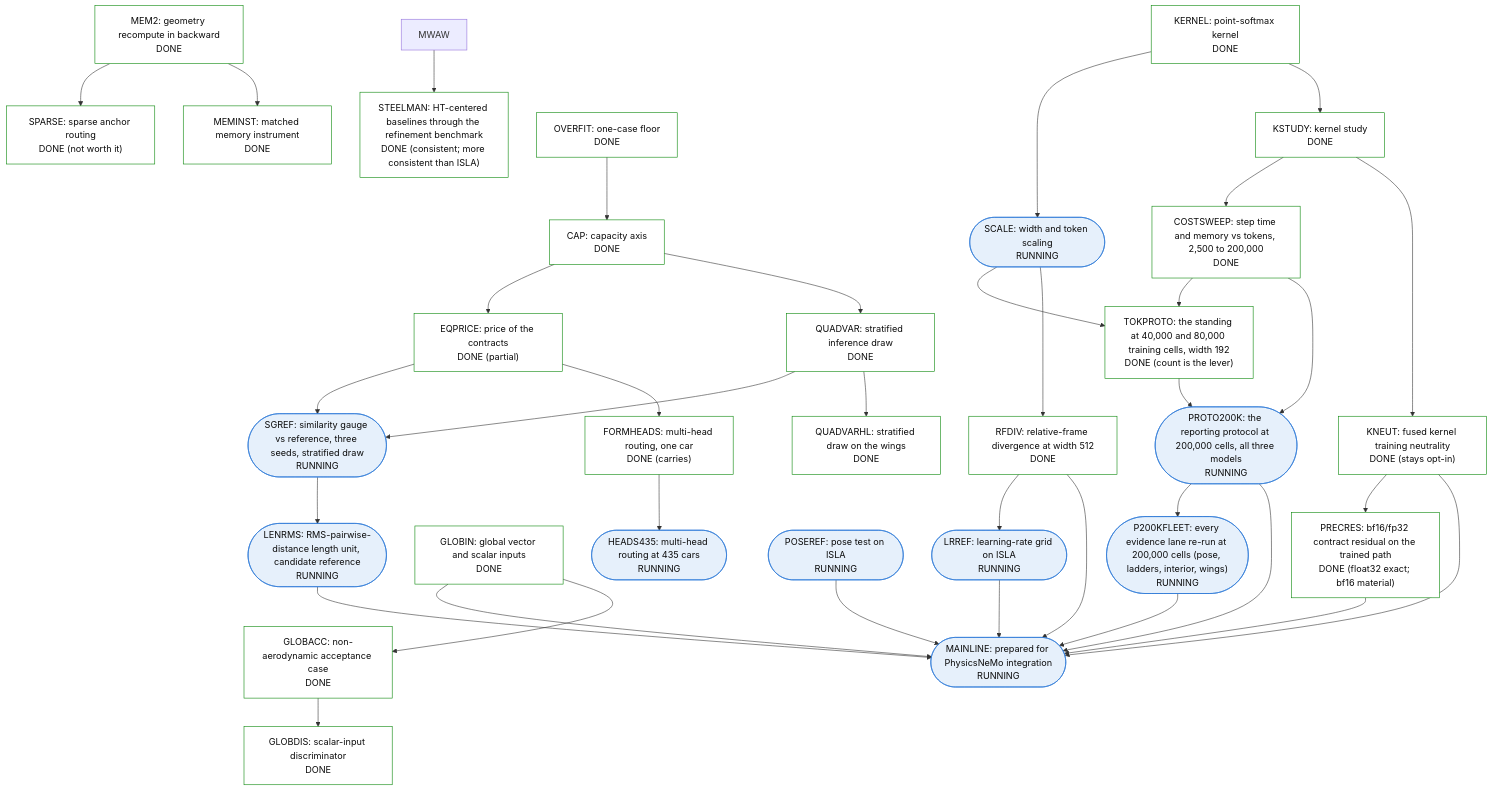
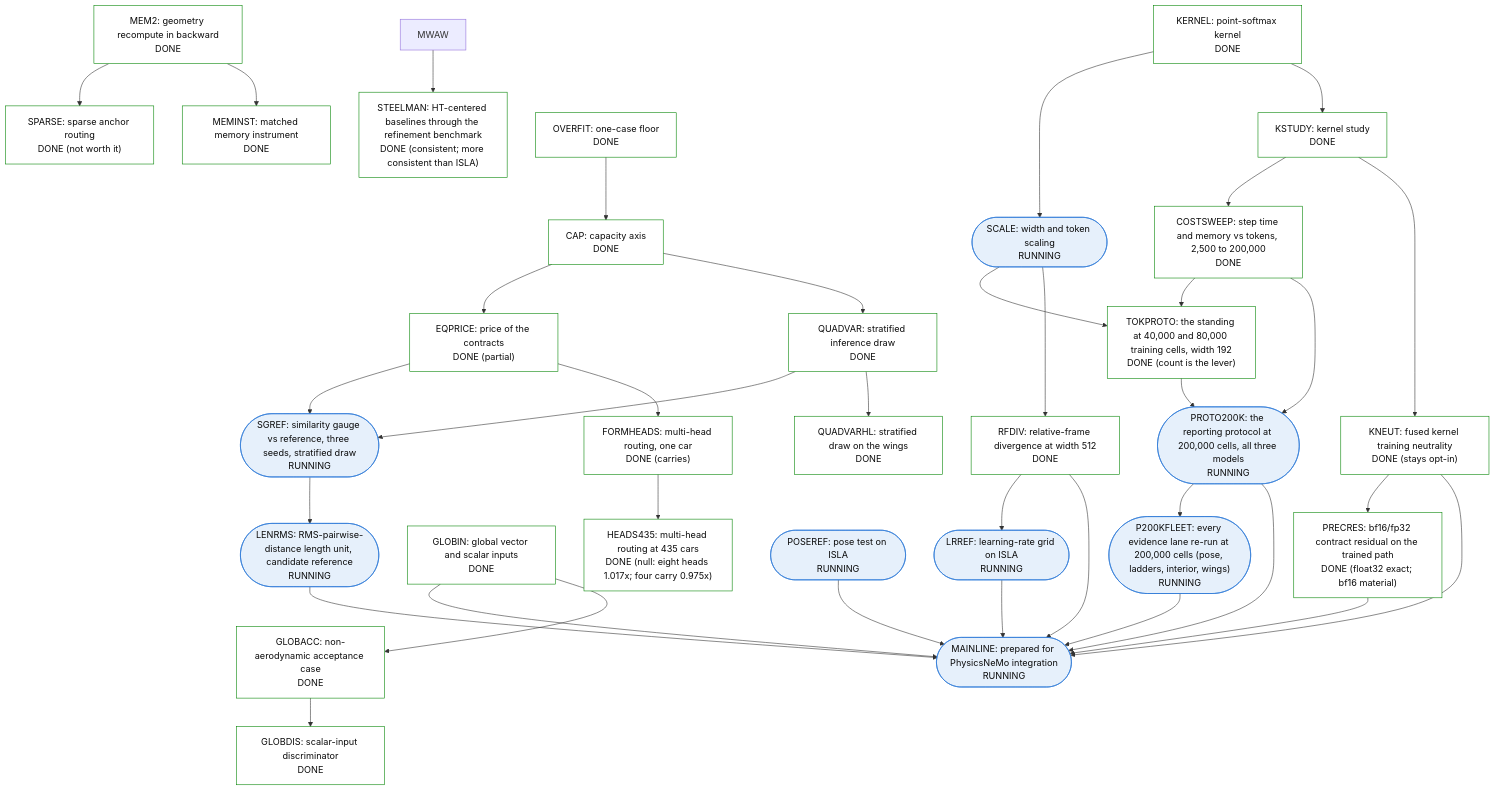
Before and after one commit to peterdsharpe/physicsnemo: the fifth of 5 diagrams in examples/cfd/mesh_transformer/book/13-program-status.qmd, drawn with Mermaid. The commit also changed other lines of this file and 6 other files, not shown here.

````diff
--- a/examples/cfd/mesh_transformer/book/13-program-status.qmd
+++ b/examples/cfd/mesh_transformer/book/13-program-status.qmd
@@ -281,75 +281,75 @@
 ```{mermaid}
 %%| fig-cap: >
 %%|   Sub-tree 5: cost, scale, deficit anatomy and mainline. HEADS435 is the
 %%|   one node RUNNING with a bar that could change ISLA's
 %%|   configuration; MAINLINE is the productization node.
 flowchart TB
     classDef done fill:#ffffff,stroke:#008300,color:#0b0b0b
     classDef running fill:#e6f0fb,stroke:#2a78d6,color:#0b0b0b
     classDef planned fill:#ffffff,stroke:#898781,color:#0b0b0b,stroke-dasharray:4 3
     classDef stopped fill:#f4f3ee,stroke:#52514e,color:#0b0b0b
     MEM2["MEM2: geometry recompute in backward<br/>DONE"]:::done
     MEMINST["MEMINST: matched memory instrument<br/>DONE"]:::done
     SPARSE["SPARSE: sparse anchor routing<br/>DONE (not worth it)"]:::done
     KERNEL["KERNEL: point-softmax kernel<br/>DONE"]:::done
     KSTUDY["KSTUDY: kernel study<br/>DONE"]:::done
     KNEUT["KNEUT: fused kernel training neutrality<br/>DONE (stays opt-in)"]:::done
     SCALE(["SCALE: width and token scaling<br/>RUNNING"]):::running
     RFDIV["RFDIV: relative-frame divergence at width 512<br/>DONE"]:::done
     OVERFIT["OVERFIT: one-case floor<br/>DONE"]:::done
     CAP["CAP: capacity axis<br/>DONE"]:::done
     QUADVAR["QUADVAR: stratified inference draw<br/>DONE"]:::done
     QUADVARHL["QUADVARHL: stratified draw on the wings<br/>DONE"]:::done
     EQPRICE["EQPRICE: price of the contracts<br/>DONE (partial)"]:::done
     FORMHEADS["FORMHEADS: multi-head routing, one car<br/>DONE (carries)"]:::done
-    HEADS435(["HEADS435: multi-head routing at 435 cars<br/>RUNNING"]):::running
+    HEADS435["HEADS435: multi-head routing at 435 cars<br/>DONE (null: eight heads 1.017x; four carry 0.975x)"]:::done
     GLOBIN["GLOBIN: global vector and scalar inputs<br/>DONE"]:::done
     GLOBACC["GLOBACC: non-aerodynamic acceptance case<br/>DONE"]:::done
     GLOBDIS["GLOBDIS: scalar-input discriminator<br/>DONE"]:::done
     MAINLINE(["MAINLINE: prepared for PhysicsNeMo integration<br/>RUNNING"]):::running
     PRECRES["PRECRES: bf16/fp32 contract residual on the trained path<br/>DONE (float32 exact; bf16 material)"]:::done
     SGREF(["SGREF: similarity gauge vs reference, three seeds, stratified draw<br/>RUNNING"]):::running
     POSEREF(["POSEREF: pose test on ISLA<br/>RUNNING"]):::running
     LRREF(["LRREF: learning-rate grid on ISLA<br/>RUNNING"]):::running
     LENRMS(["LENRMS: RMS-pairwise-distance length unit, candidate reference<br/>RUNNING"]):::running
     STEELMAN["STEELMAN: HT-centered baselines through the refinement benchmark<br/>DONE (consistent; more consistent than ISLA)"]:::done
     TOKPROTO["TOKPROTO: the standing at 40,000 and 80,000 training cells, width 192<br/>DONE (count is the lever)"]:::done
     PROTO200K(["PROTO200K: the reporting protocol at 200,000 cells, all three models<br/>RUNNING"]):::running
     P200KFLEET(["P200KFLEET: every evidence lane re-run at 200,000 cells (pose, ladders, interior, wings)<br/>RUNNING"]):::running
     COSTSWEEP["COSTSWEEP: step time and memory vs tokens, 2,500 to 200,000<br/>DONE"]:::done
     MEM2 --> MEMINST
     MEM2 --> SPARSE
     KERNEL --> KSTUDY
     KSTUDY --> KNEUT
     KERNEL --> SCALE
     SCALE --> RFDIV
     OVERFIT --> CAP
     CAP --> QUADVAR
     QUADVAR --> QUADVARHL
     CAP --> EQPRICE
     EQPRICE --> FORMHEADS
     FORMHEADS --> HEADS435
     GLOBIN --> GLOBACC
     GLOBACC --> GLOBDIS
     GLOBIN --> MAINLINE
     RFDIV --> MAINLINE
     KNEUT --> MAINLINE
     KNEUT --> PRECRES
     PRECRES --> MAINLINE
     QUADVAR --> SGREF
     EQPRICE --> SGREF
     RFDIV --> LRREF
     POSEREF --> MAINLINE
     LRREF --> MAINLINE
     SGREF --> LENRMS
     LENRMS --> MAINLINE
     MWAW --> STEELMAN
     SCALE --> TOKPROTO
     TOKPROTO --> PROTO200K
     COSTSWEEP --> PROTO200K
     PROTO200K --> MAINLINE
     PROTO200K --> P200KFLEET
     P200KFLEET --> MAINLINE
     KSTUDY --> COSTSWEEP
     COSTSWEEP --> TOKPROTO
 ```
````
